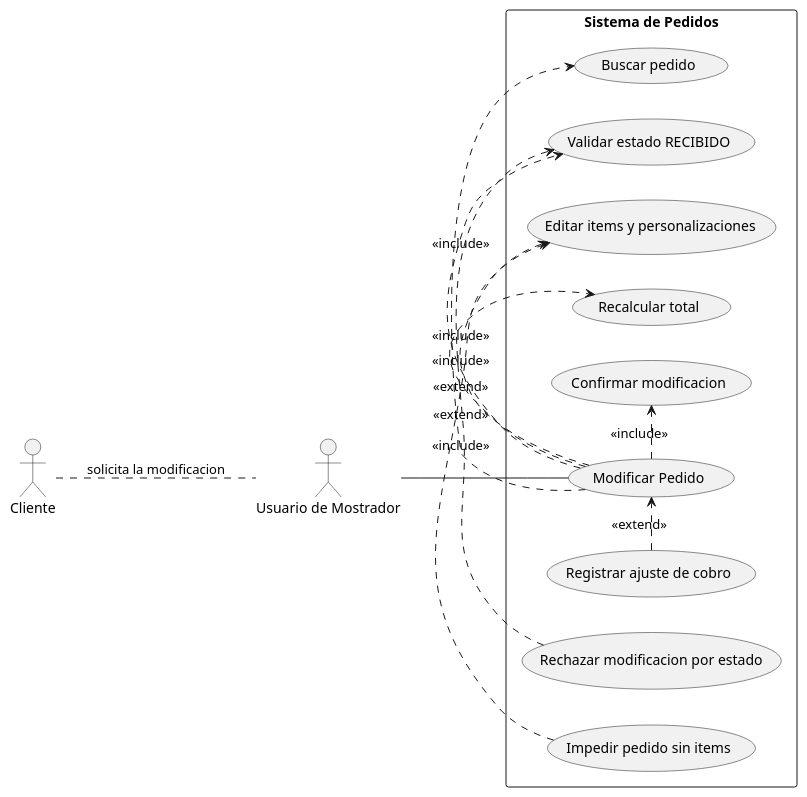
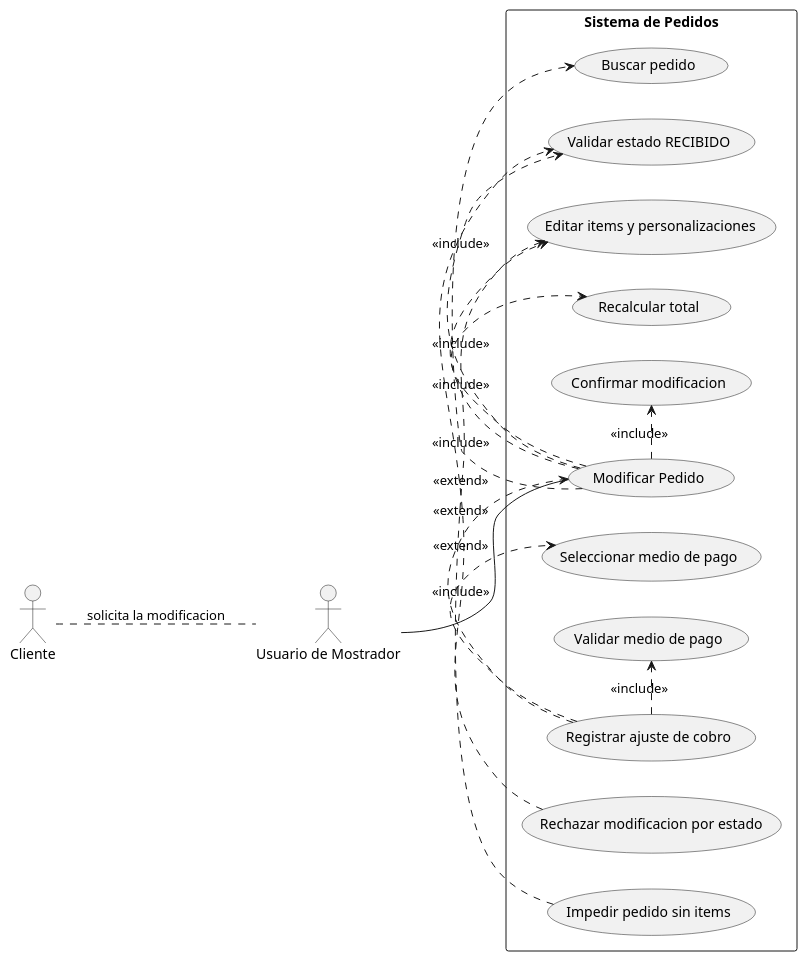
Before and after one commit to eloeyhe/SistemaPedidos: the diagram in diagramas/02-casos-de-uso/CU02-modificar-pedido.puml, drawn with PlantUML. The commit also changed 8 other files, not shown here.

Commit message:
docs: actualizar changelog y diagramas de casos de uso segun revision de PR

```diff
--- a/diagramas/02-casos-de-uso/CU02-modificar-pedido.puml
+++ b/diagramas/02-casos-de-uso/CU02-modificar-pedido.puml
@@ -1,32 +1,36 @@
 @startuml CU02_Modificar_Pedido
 left to right direction
-
 actor Cliente
 actor "Usuario de Mostrador" as Mostrador
 
 Cliente .. Mostrador : solicita la modificacion
 
 rectangle "Sistema de Pedidos" {
-    usecase "Modificar Pedido" as Modificar
-    usecase "Buscar pedido" as Buscar
-    usecase "Validar estado RECIBIDO" as ValidarEstado
-    usecase "Editar items y personalizaciones" as Editar
-    usecase "Recalcular total" as Recalcular
-    usecase "Registrar ajuste de cobro" as AjusteCobro
-    usecase "Confirmar modificacion" as Confirmar
-    usecase "Rechazar modificacion por estado" as RechazarEstado
-    usecase "Impedir pedido sin items" as SinItems
+	usecase "Modificar Pedido" as Modificar
+	usecase "Buscar pedido" as Buscar
+	usecase "Validar estado RECIBIDO" as ValidarEstado
+	usecase "Editar items y personalizaciones" as Editar
+	usecase "Recalcular total" as Recalcular
+	usecase "Registrar ajuste de cobro" as AjusteCobro
+	usecase "Seleccionar medio de pago" as MedioPago
+	usecase "Validar medio de pago" as ValidarPago
+	usecase "Confirmar modificacion" as Confirmar
+	usecase "Rechazar modificacion por estado" as RechazarEstado
+	usecase "Impedir pedido sin items" as SinItems
 }
 
 Mostrador -- Modificar
 
 Modificar .> Buscar : <<include>>
 Modificar .> ValidarEstado : <<include>>
 Modificar .> Editar : <<include>>
 Modificar .> Recalcular : <<include>>
 Modificar .> Confirmar : <<include>>
 
 AjusteCobro .> Modificar : <<extend>>
+AjusteCobro .> MedioPago : <<include>>
+AjusteCobro .> ValidarPago : <<include>>
+
 RechazarEstado .> ValidarEstado : <<extend>>
 SinItems .> Editar : <<extend>>
 @enduml
```
